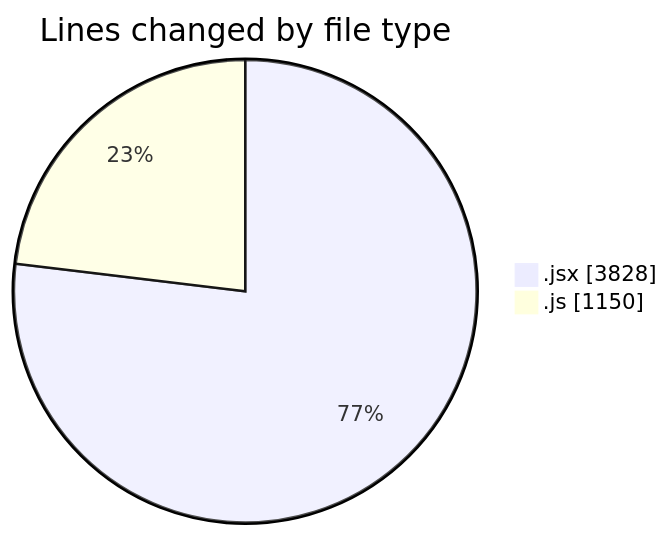
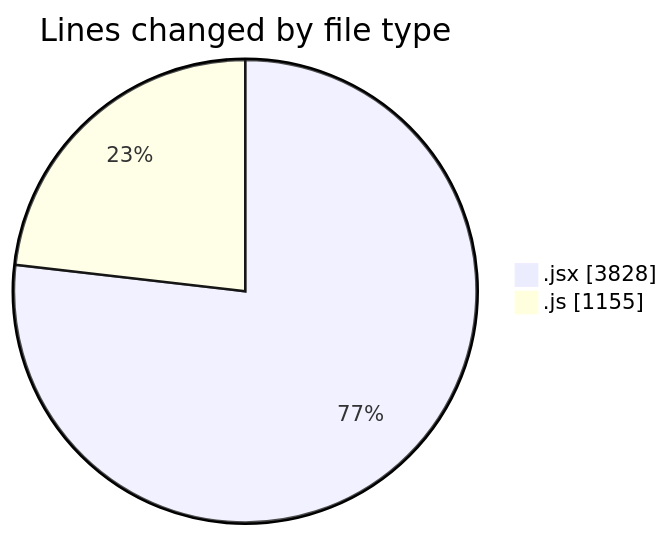
One commit to nxtqubesakshisongat/code-tracking changed the first of 2 diagrams in 2025-12-24/nxtqube_webapp/README.md. Above: the diagram before and after it, drawn with Mermaid. The commit also changed other lines of this file and 1 other file, not shown here.

````diff
--- a/2025-12-24/nxtqube_webapp/README.md
+++ b/2025-12-24/nxtqube_webapp/README.md
@@ -24,6 +24,6 @@
 ```mermaid
 pie showData
 title Lines changed by file type
 ".jsx" : 3828
-".js" : 1150
+".js" : 1155
 ```
````
